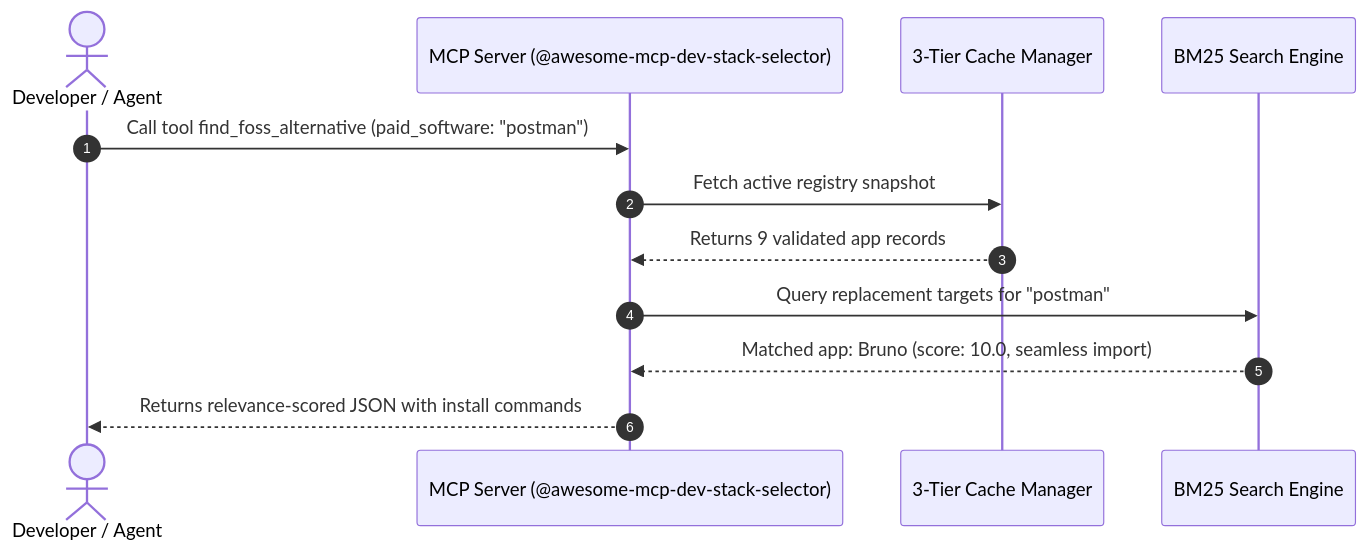
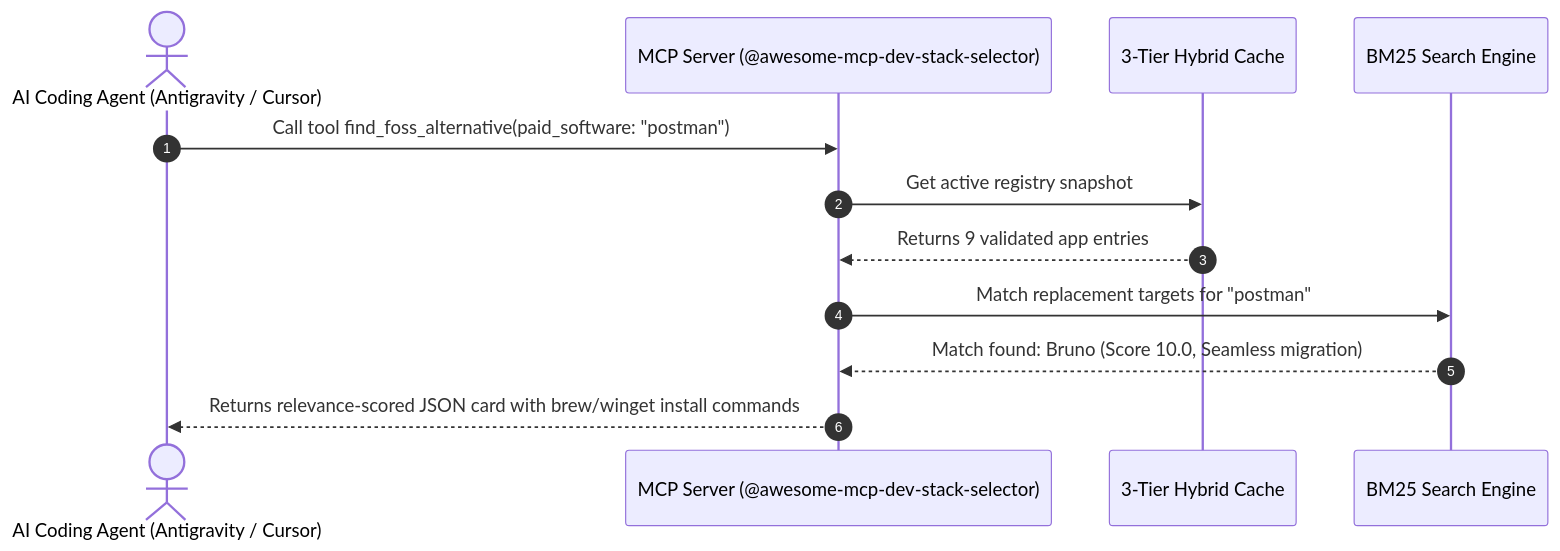
The first of 2 diagrams in README.md (barankurtulusozan/awesome-mcp-dev-stack-selector), drawn with Mermaid before and after one commit. The commit also changed other lines of this file and 4 other files, not shown here.

Commit message:
docs(readme): expand detailed README showcasing all MCP tools, resources, prompts, and JSON payloads

````diff
--- a/README.md
+++ b/README.md
@@ -49,15 +94,15 @@
 ```mermaid
 sequenceDiagram
     autonumber
-    actor User as Developer / Agent
+    actor Agent as AI Coding Agent (Antigravity / Cursor)
     participant MCP as MCP Server (@awesome-mcp-dev-stack-selector)
-    participant Cache as 3-Tier Cache Manager
-    participant Search as BM25 Search Engine
+    participant Cache as 3-Tier Hybrid Cache
+    participant Engine as BM25 Search Engine
 
-    User->>MCP: Call tool find_foss_alternative (paid_software: "postman")
-    MCP->>Cache: Fetch active registry snapshot
-    Cache-->>MCP: Returns 9 validated app records
-    MCP->>Search: Query replacement targets for "postman"
-    Search-->>MCP: Matched app: Bruno (score: 10.0, seamless import)
-    MCP-->>User: Returns relevance-scored JSON with install commands
+    Agent->>MCP: Call tool find_foss_alternative(paid_software: "postman")
+    MCP->>Cache: Get active registry snapshot
+    Cache-->>MCP: Returns 9 validated app entries
+    MCP->>Engine: Match replacement targets for "postman"
+    Engine-->>MCP: Match found: Bruno (Score 10.0, Seamless migration)
+    MCP-->>Agent: Returns relevance-scored JSON card with brew/winget install commands
 ```
````
